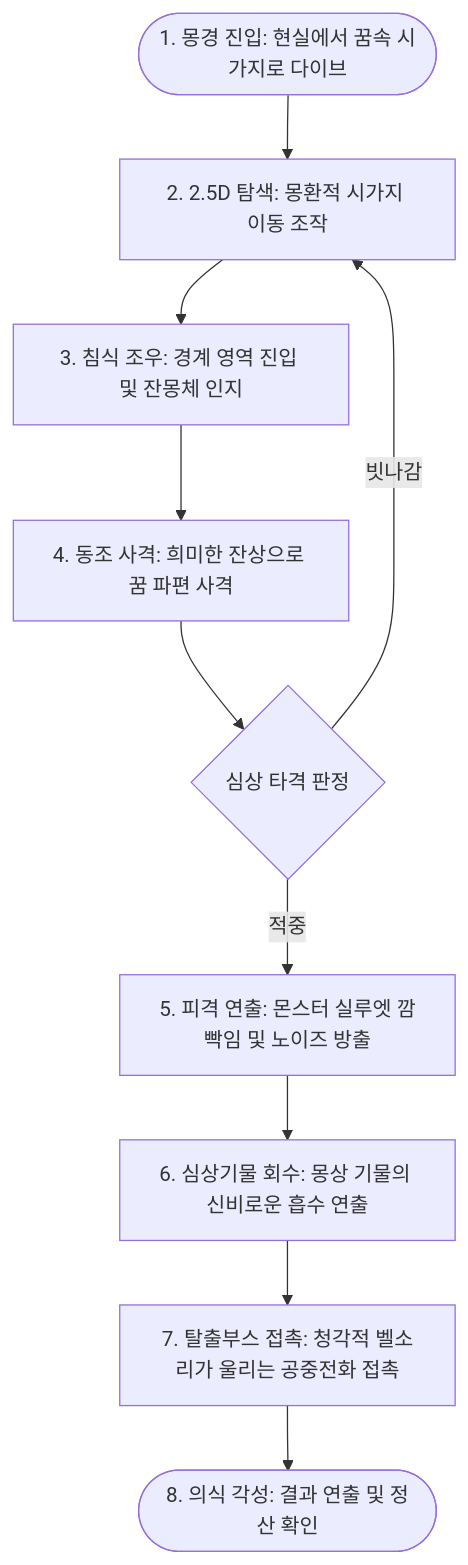
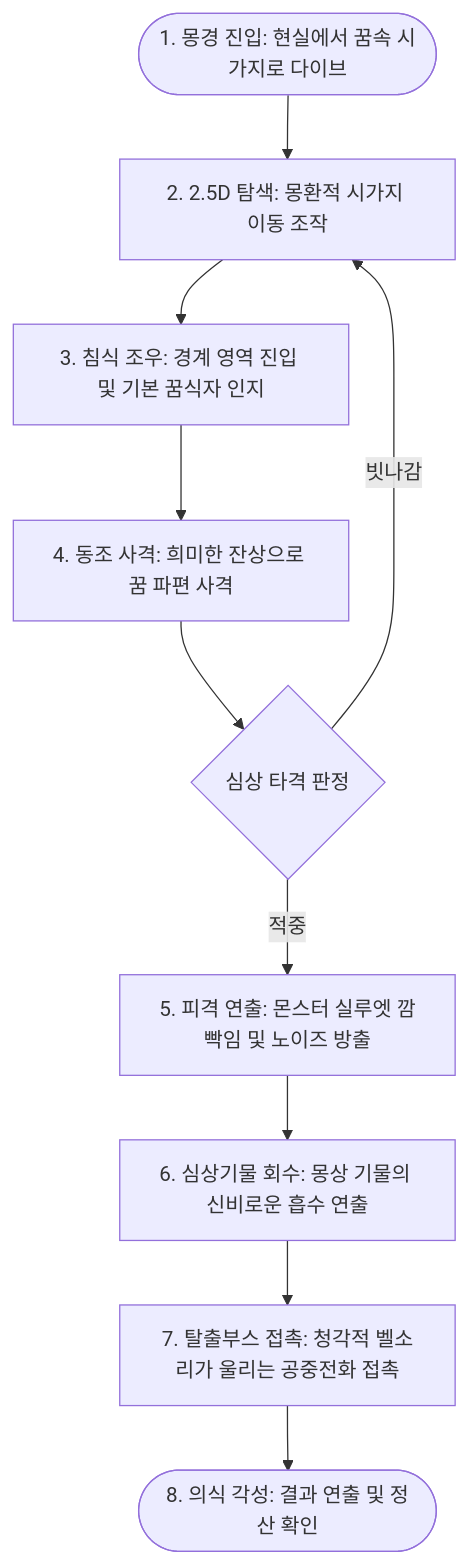
The first of 2 diagrams in 01.기획_문서/컨셉_기획/프로토타입_컨셉_기획서_초안.md (Jin-o12/Document_LucidDiver), drawn with Mermaid before and after one commit. The commit also changed other lines of this file and 4 other files, not shown here.

````diff
--- a/01.기획_문서/컨셉_기획/프로토타입_컨셉_기획서_초안.md
+++ b/01.기획_문서/컨셉_기획/프로토타입_컨셉_기획서_초안.md
@@ -34,12 +34,12 @@
 ```mermaid
 flowchart TD
     Start([1. 몽경 진입: 현실에서 꿈속 시가지로 다이브]) --> Move[2. 2.5D 탐색: 몽환적 시가지 이동 조작]
-    Move --> Detect[3. 침식 조우: 경계 영역 진입 및 잔몽체 인지]
+    Move --> Detect[3. 침식 조우: 경계 영역 진입 및 기본 꿈식자 인지]
     Detect --> Attack[4. 동조 사격: 희미한 잔상으로 꿈 파편 사격]
     Attack --> HitCheck{심상 타격 판정}
     HitCheck -->|적중| Hit[5. 피격 연출: 몬스터 실루엣 깜빡임 및 노이즈 방출]
     HitCheck -->|빗나감| Move
     Hit --> Loot[6. 심상기물 회수: 몽상 기물의 신비로운 흡수 연출]
     Loot --> Escape[7. 탈출부스 접촉: 청각적 벨소리가 울리는 공중전화 접촉]
     Escape --> Result([8. 의식 각성: 결과 연출 및 정산 확인])
 ```
````
